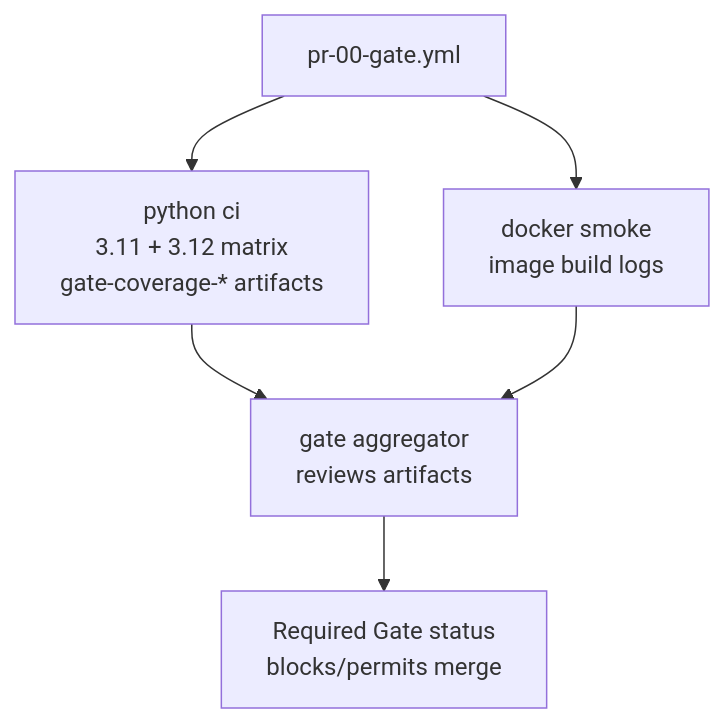
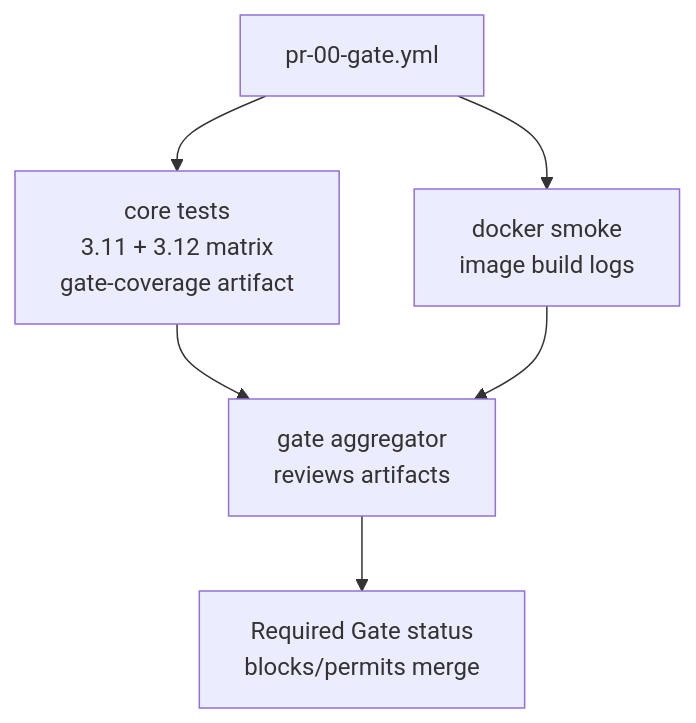
Before and after one commit to stranske/Trend_Model_Project: the second of 2 diagrams in docs/ci/WORKFLOWS.md, drawn with Mermaid. The commit also changed other lines of this file and 7 other files, not shown here.

Commit message:
chore: consolidate gate coverage artifact

````diff
--- a/docs/ci/WORKFLOWS.md
+++ b/docs/ci/WORKFLOWS.md
@@ -53,8 +53,8 @@
 ```mermaid
 flowchart TD
-    pr00["pr-00-gate.yml"] --> pythonCi["python ci\n3.11 + 3.12 matrix\n gate-coverage-* artifacts"]
+    pr00["pr-00-gate.yml"] --> pythonCi["core tests\n3.11 + 3.12 matrix\n gate-coverage artifact"]
     pr00 --> dockerSmoke["docker smoke\nimage build logs"]
     pythonCi --> gate["gate aggregator\nreviews artifacts"]
     dockerSmoke --> gate
     gate --> status["Required Gate status\nblocks/permits merge"]
 ```
````
